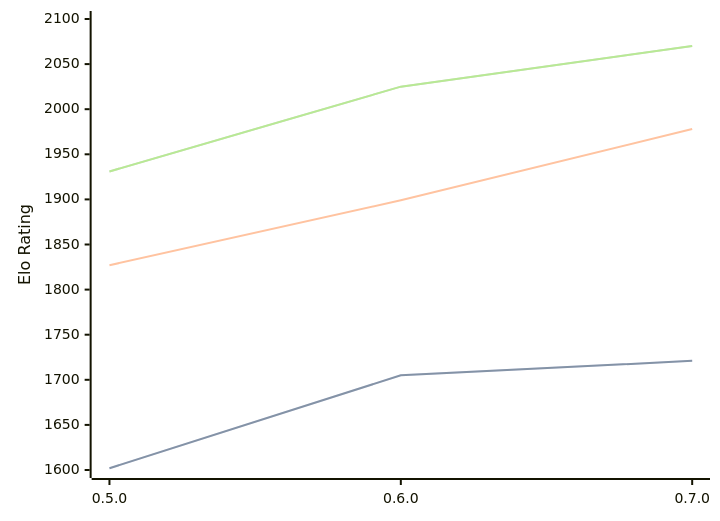
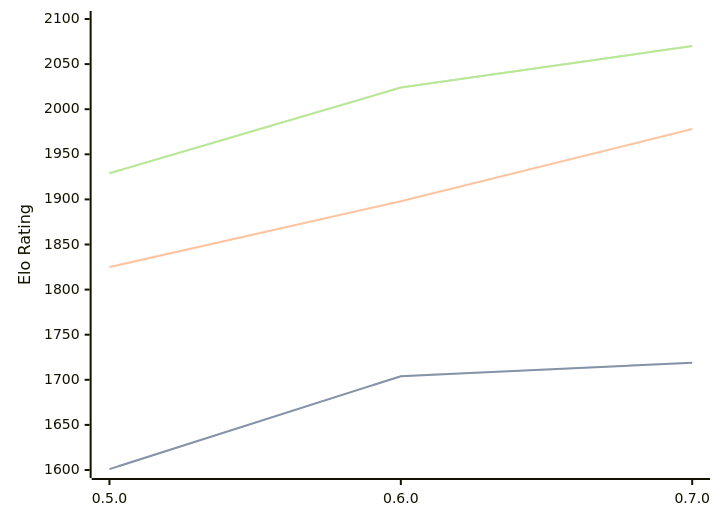
The diagram in engines/Chess-rs.md (computer-chess-index/cci), drawn with Mermaid before and after one commit. The commit also changed other lines of this file, not shown here.

Commit message:
Update CCI Ratings (ELO VLTC) - 2026-02-18

````diff
--- a/engines/Chess-rs.md
+++ b/engines/Chess-rs.md
@@ -38,11 +38,11 @@
 ```mermaid
 %%{init: {"theme":"base","themeVariables":{"seriesColors:['#a3a3a3','#222221','#faa371']}}}%%
 xychart-beta
   x-axis ["0.5.0", "0.6.0", "0.7.0"]
   y-axis "Elo Rating" 1600 --> 2100
-  line "STC (8.0+0.08s)" [1602, 1705, 1721]
-  line "STC (8.0+0.08s)" [1602, 1705, 1721]
-  line "LTC (60.0+0.60s)" [1827, 1899, 1978]
-  line "VLTC (2m24s+1.12s)" [1931, 2025, 2070]
-  line "VLTC (2m24s+1.12s)" [1931, 2025, 2070]
+  line "STC (8.0+0.08s)" [1601, 1704, 1719]
+  line "STC (8.0+0.08s)" [1601, 1704, 1719]
+  line "LTC (60.0+0.60s)" [1825, 1898, 1978]
+  line "VLTC (2m24s+1.12s)" [1929, 2024, 2070]
+  line "VLTC (2m24s+1.12s)" [1929, 2024, 2070]
 ```
````
